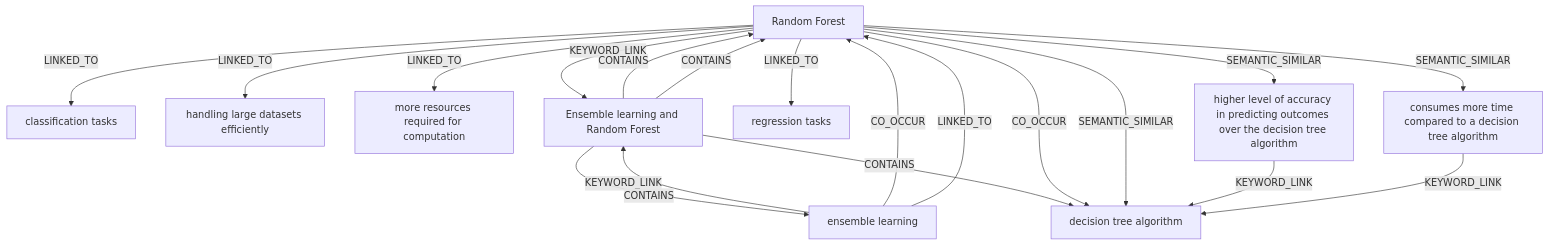
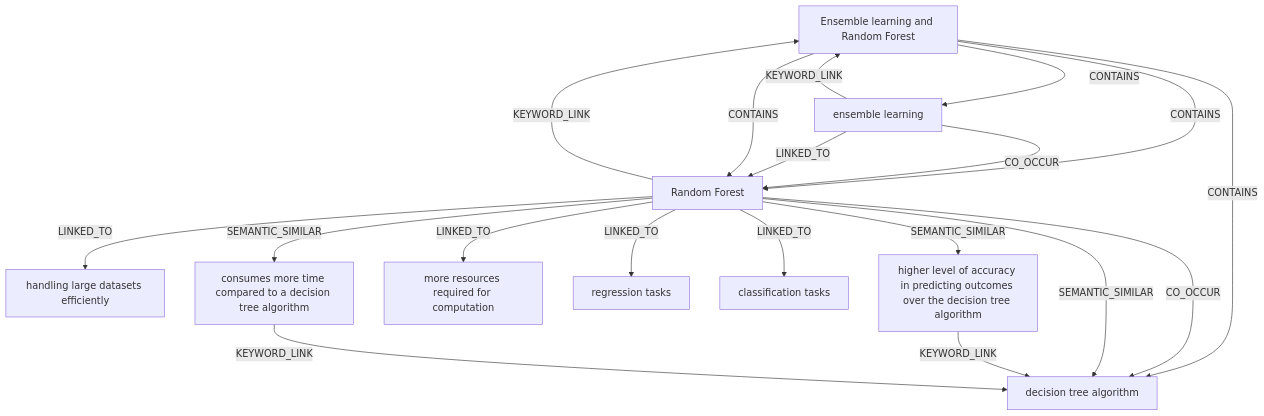
The diagram in AI_OS/Ontology/Ontology_Machine_Learning_Algorithms.md (ankit-sengupta05/cyborg), drawn with Mermaid before and after one commit. The commit also changed other lines of this file and 10 other files, not shown here.

````diff
--- a/AI_OS/Ontology/Ontology_Machine_Learning_Algorithms.md
+++ b/AI_OS/Ontology/Ontology_Machine_Learning_Algorithms.md
@@ -26,31 +26,31 @@
 ```mermaid
 graph TD
-    n0["Random Forest"]
-    n1["classification tasks"]
-    n2["handling large datasets efficiently"]
-    n3["more resources required for computation"]
-    n4["higher level of accuracy in predicting outcomes over the decision tree algorithm"]
+    n0["handling large datasets efficiently"]
+    n1["Ensemble learning and Random Forest"]
+    n2["higher level of accuracy in predicting outcomes over the decision tree algorithm"]
+    n3["decision tree algorithm"]
+    n4["more resources required for computation"]
     n5["regression tasks"]
-    n6["consumes more time compared to a decision tree algorithm"]
-    n7["Ensemble learning and Random Forest"]
+    n6["classification tasks"]
+    n7["consumes more time compared to a decision tree algorithm"]
     n8["ensemble learning"]
-    n9["decision tree algorithm"]
-    n8 -->|KEYWORD_LINK| n7
-    n7 -->|CONTAINS| n8
-    n0 -->|KEYWORD_LINK| n7
-    n7 -->|CONTAINS| n0
-    n8 -->|CO_OCCUR| n0
-    n8 -->|LINKED_TO| n0
-    n7 -->|CONTAINS| n0
-    n7 -->|CONTAINS| n9
-    n0 -->|CO_OCCUR| n9
-    n0 -->|SEMANTIC_SIMILAR| n9
-    n0 -->|LINKED_TO| n5
-    n0 -->|LINKED_TO| n1
-    n0 -->|LINKED_TO| n2
-    n4 -->|KEYWORD_LINK| n9
-    n0 -->|SEMANTIC_SIMILAR| n4
-    n0 -->|LINKED_TO| n3
-    n6 -->|KEYWORD_LINK| n9
-    n0 -->|SEMANTIC_SIMILAR| n6
+    n9["Random Forest"]
+    n8 -->|KEYWORD_LINK| n1
+    n1 -->|CONTAINS| n8
+    n9 -->|KEYWORD_LINK| n1
+    n1 -->|CONTAINS| n9
+    n8 -->|CO_OCCUR| n9
+    n8 -->|LINKED_TO| n9
+    n1 -->|CONTAINS| n9
+    n1 -->|CONTAINS| n3
+    n9 -->|CO_OCCUR| n3
+    n9 -->|SEMANTIC_SIMILAR| n3
+    n9 -->|LINKED_TO| n5
+    n9 -->|LINKED_TO| n6
+    n9 -->|LINKED_TO| n0
+    n2 -->|KEYWORD_LINK| n3
+    n9 -->|SEMANTIC_SIMILAR| n2
+    n9 -->|LINKED_TO| n4
+    n7 -->|KEYWORD_LINK| n3
+    n9 -->|SEMANTIC_SIMILAR| n7
 ```
````
